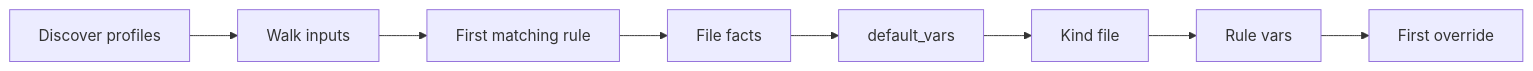
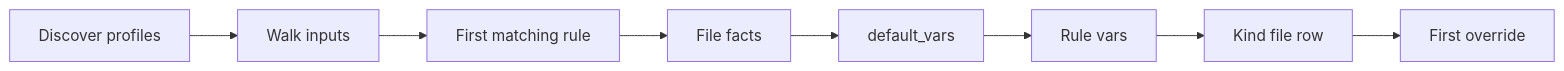
The diagram in docs/content/concepts/index.md (mrjk/supershelf), drawn with Mermaid before and after one commit. The commit also changed 20 other files, not shown here.

````diff
--- a/docs/content/concepts/index.md
+++ b/docs/content/concepts/index.md
@@ -5,10 +5,10 @@
 ```mermaid
 flowchart LR
   discover[Discover profiles] --> walk[Walk inputs]
   walk --> match[First matching rule]
   match --> facts[File facts]
   facts --> defaults[default_vars]
-  defaults --> kindFile[Kind file]
-  kindFile --> ruleVars[Rule vars]
-  ruleVars --> overrides[First override]
+  defaults --> ruleVars[Rule vars]
+  ruleVars --> kindFile[Kind file row]
+  kindFile --> overrides[First override]
 ```
````
